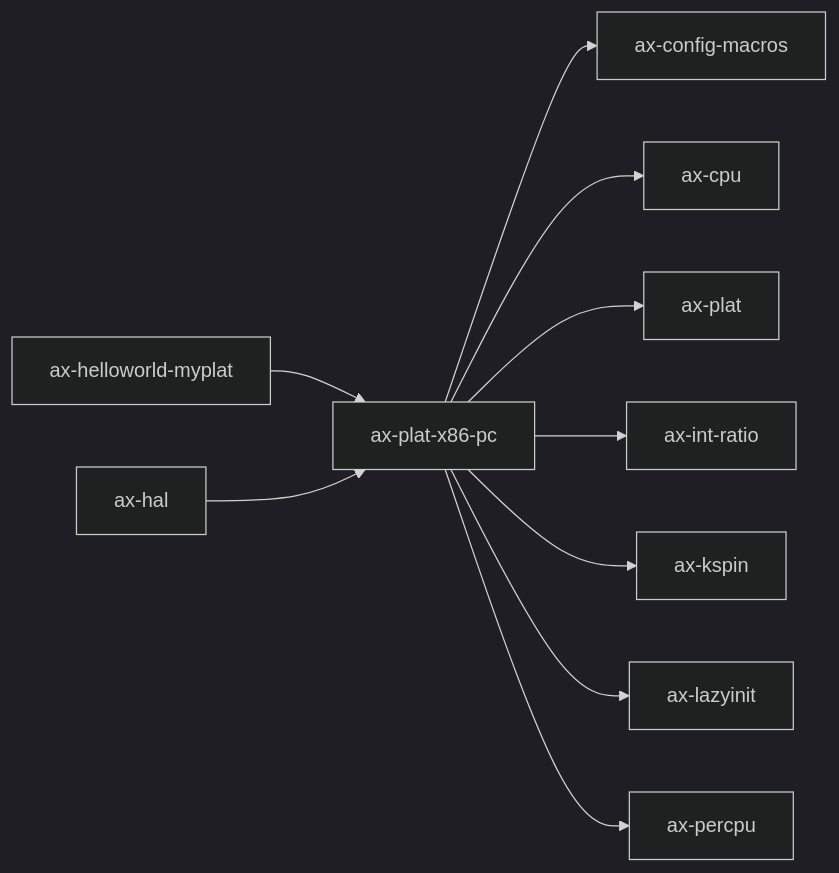
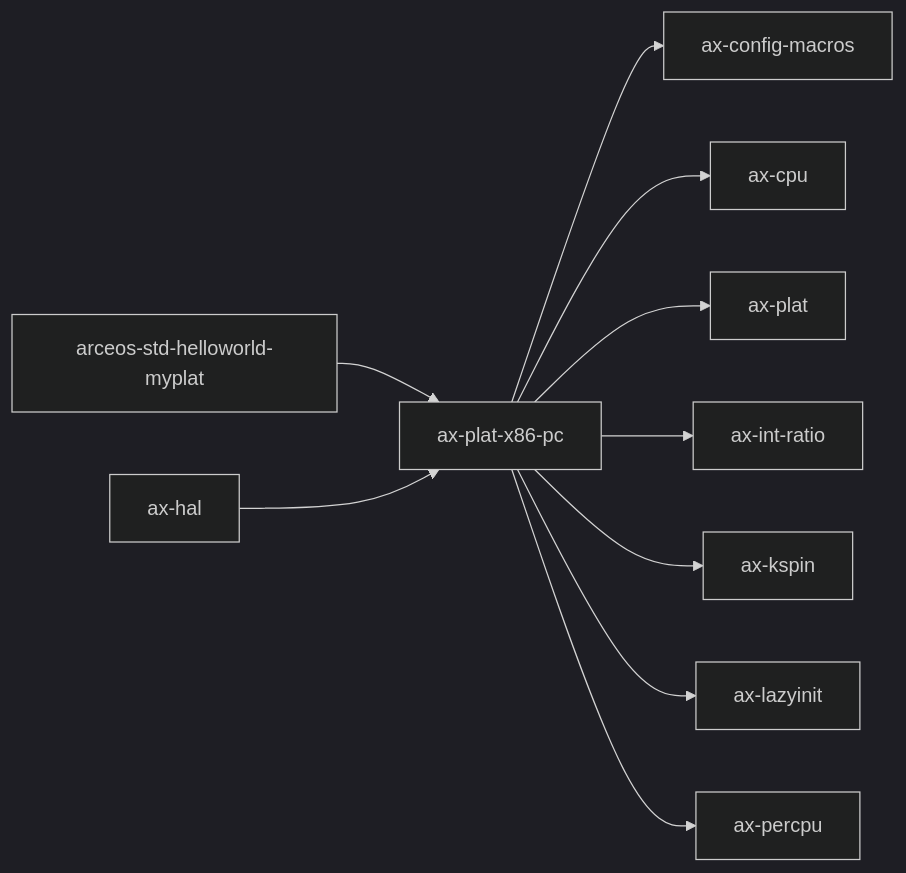
Before and after one commit to rcore-os/tgoskits: the third of 3 diagrams in docs/docs/components/crates/ax-plat-x86-pc.md, drawn with Mermaid (dark theme). The commit also changed other lines of this file and 179 other files, not shown here.

Commit message:
chore(arceos): reorganize std apps

````diff
--- a/docs/docs/components/crates/ax-plat-x86-pc.md
+++ b/docs/docs/components/crates/ax-plat-x86-pc.md
@@ -234,13 +234,13 @@
 ```mermaid
 graph LR
     current["ax-plat-x86-pc"]
     current --> axconfig_macros["ax-config-macros"]
     current --> ax-cpu["ax-cpu"]
     current --> axplat["ax-plat"]
     current --> ax_int_ratio["ax-int-ratio"]
     current --> ax_kspin["ax-kspin"]
     current --> ax_lazyinit["ax-lazyinit"]
     current --> ax-percpu["ax-percpu"]
-    arceos_helloworld_myplat["ax-helloworld-myplat"] --> current
+    arceos_helloworld_myplat["arceos-std-helloworld-myplat"] --> current
     ax-hal["ax-hal"] --> current
 ```
````
